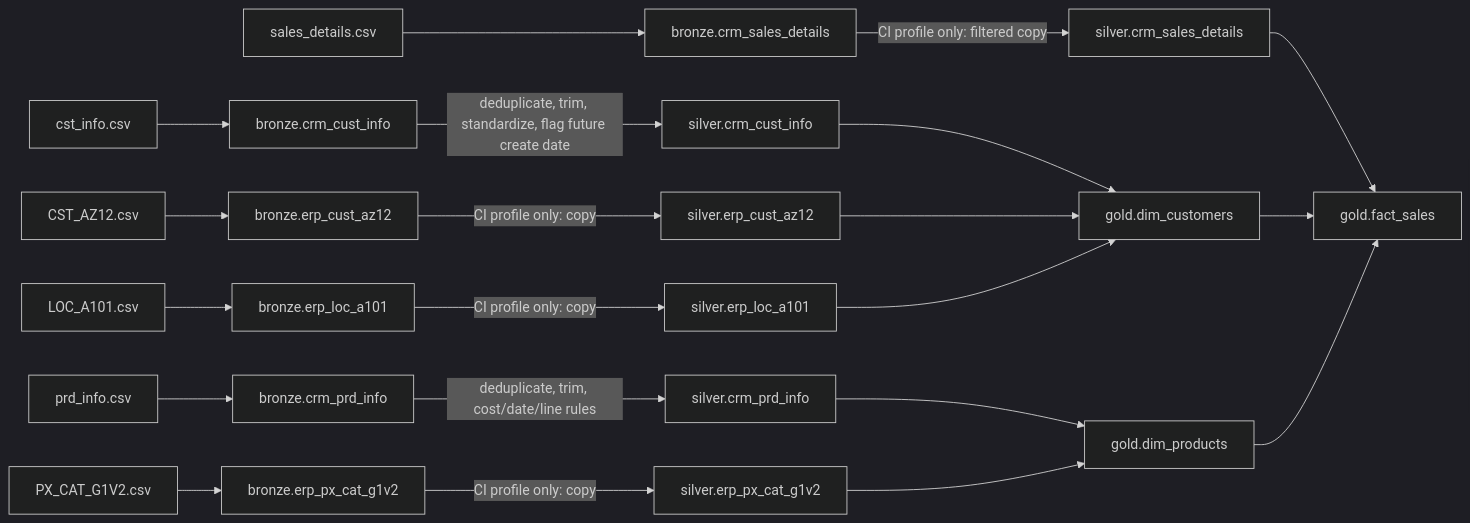
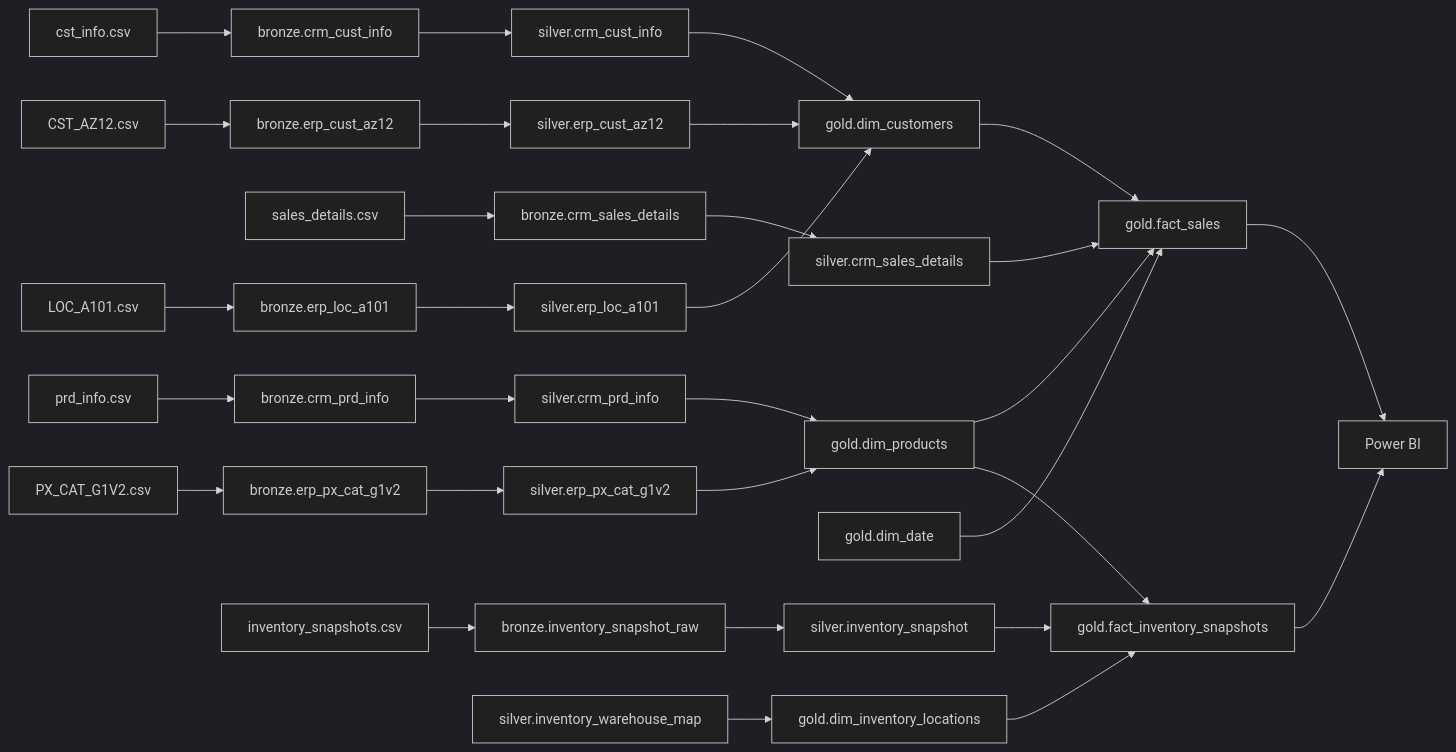
One commit to KonstantinData/SQL-Data-Warehouse changed the first of 2 diagrams in docs/architecture/data_lineage.md. Above: the diagram before and after it, drawn with Mermaid (dark theme). The commit also changed other lines of this file and 61 other files, not shown here.

````diff
--- a/docs/architecture/data_lineage.md
+++ b/docs/architecture/data_lineage.md
@@ -12,25 +5,17 @@
 ```mermaid
 flowchart LR
-    CCSV["cst_info.csv"] --> BC["bronze.crm_cust_info"]
-    PCSV["prd_info.csv"] --> BP["bronze.crm_prd_info"]
-    SCSV["sales_details.csv"] --> BS["bronze.crm_sales_details"]
-    ACSV["CST_AZ12.csv"] --> BA["bronze.erp_cust_az12"]
-    LCSV["LOC_A101.csv"] --> BL["bronze.erp_loc_a101"]
-    XCSV["PX_CAT_G1V2.csv"] --> BX["bronze.erp_px_cat_g1v2"]
-
-    BC -->|"deduplicate, trim, standardize, flag future create date"| SC["silver.crm_cust_info"]
-    BP -->|"deduplicate, trim, cost/date/line rules"| SP["silver.crm_prd_info"]
-    BS -->|"CI profile only: filtered copy"| SS["silver.crm_sales_details"]
-    BA -->|"CI profile only: copy"| SA["silver.erp_cust_az12"]
-    BL -->|"CI profile only: copy"| SL["silver.erp_loc_a101"]
-    BX -->|"CI profile only: copy"| SX["silver.erp_px_cat_g1v2"]
-
-    SC --> DC["gold.dim_customers"]
-    SA --> DC
-    SL --> DC
-    SP --> DP["gold.dim_products"]
-    SX --> DP
-    SS --> FS["gold.fact_sales"]
-    DC --> FS
-    DP --> FS
+    C["cst_info.csv"] --> BC["bronze.crm_cust_info"] --> SC["silver.crm_cust_info"] --> DC["gold.dim_customers"]
+    P["prd_info.csv"] --> BP["bronze.crm_prd_info"] --> SP["silver.crm_prd_info"] --> DP["gold.dim_products"]
+    F["sales_details.csv"] --> BF["bronze.crm_sales_details"] --> SF["silver.crm_sales_details"] --> GF["gold.fact_sales"]
+    A["CST_AZ12.csv"] --> BA["bronze.erp_cust_az12"] --> SA["silver.erp_cust_az12"] --> DC
+    L["LOC_A101.csv"] --> BL["bronze.erp_loc_a101"] --> SL["silver.erp_loc_a101"] --> DC
+    X["PX_CAT_G1V2.csv"] --> BX["bronze.erp_px_cat_g1v2"] --> SX["silver.erp_px_cat_g1v2"] --> DP
+    DP --> GF
+    DC --> GF
+    DD["gold.dim_date"] --> GF
+    I["inventory_snapshots.csv"] --> IR["bronze.inventory_snapshot_raw"] --> IS["silver.inventory_snapshot"] --> IF["gold.fact_inventory_snapshots"]
+    IW["silver.inventory_warehouse_map"] --> IL["gold.dim_inventory_locations"] --> IF
+    DP --> IF
+    GF --> BI["Power BI"]
+    IF --> BI
 ```
````
